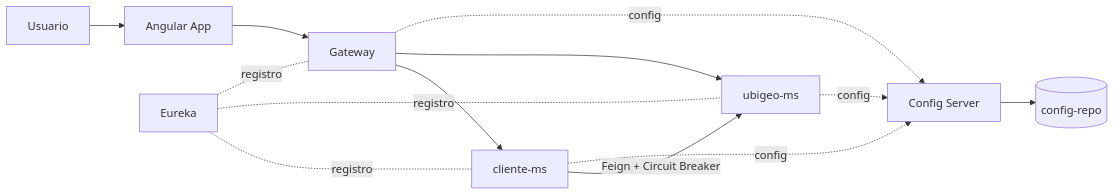
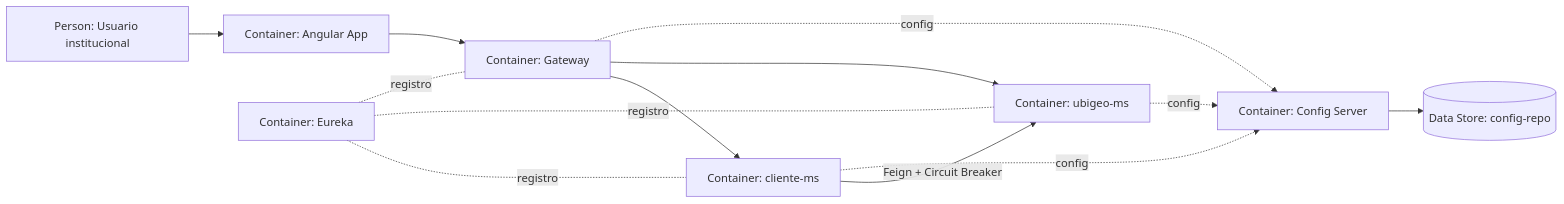
The third of 5 diagrams in README.md (262dist/pagatu), drawn with Mermaid before and after one commit. The commit also changed other lines of this file, not shown here.

````diff
--- a/README.md
+++ b/README.md
@@ -123,19 +120,19 @@
 ```mermaid
 flowchart LR
-    usuario[Usuario] --> angular[Angular App]
-    angular --> gateway[Gateway]
+    usuario["Person: Usuario institucional"] --> angular["Container: Angular App"]
+    angular --> gateway["Container: Gateway"]
 
-    gateway --> cliente[cliente-ms]
-    gateway --> ubigeo[ubigeo-ms]
+    gateway --> cliente["Container: cliente-ms"]
+    gateway --> ubigeo["Container: ubigeo-ms"]
 
     cliente -- Feign + Circuit Breaker --> ubigeo
 
-    config[Config Server] --> configrepo[(config-repo)]
+    config["Container: Config Server"] --> configrepo[(Data Store: config-repo)]
     cliente -. config .-> config
     ubigeo -. config .-> config
     gateway -. config .-> config
 
-    eureka[Eureka] -. registro .- cliente
+    eureka["Container: Eureka"] -. registro .- cliente
     eureka -. registro .- ubigeo
     eureka -. registro .- gateway
 ```
````
